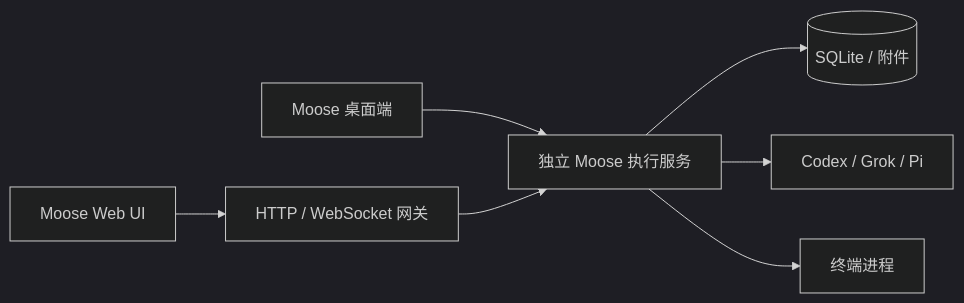
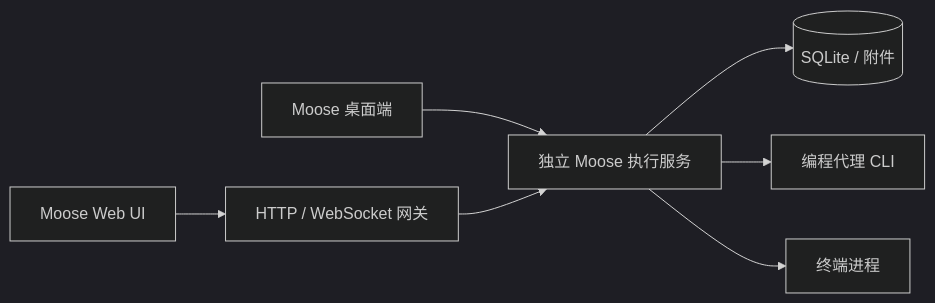
The diagram in docs/research/web-ui-and-roost.md (shqingda/moose), drawn with Mermaid (dark theme) before and after one commit. The commit also changed other lines of this file and 34 other files, not shown here.

````diff
--- a/docs/research/web-ui-and-roost.md
+++ b/docs/research/web-ui-and-roost.md
@@ -61,9 +61,9 @@
 ```mermaid
 flowchart LR
   Desktop[Moose 桌面端] --> Core[独立 Moose 执行服务]
   Browser[Moose Web UI] --> Gateway[HTTP / WebSocket 网关]
   Gateway --> Core
   Core --> DB[(SQLite / 附件)]
-  Core --> Agents[Codex / Grok / Pi]
+  Core --> Agents[编程代理 CLI]
   Core --> PTY[终端进程]
 ```
````
